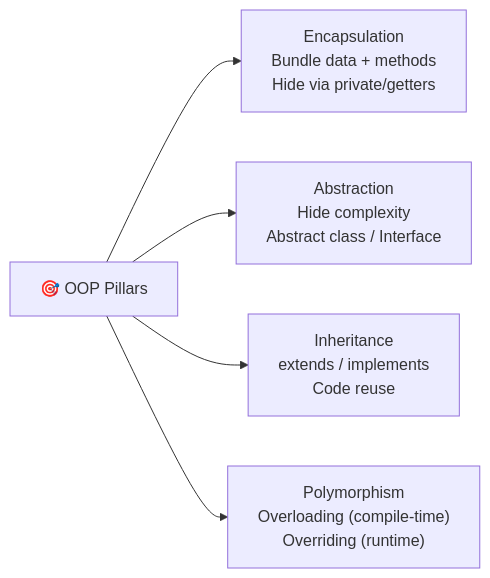
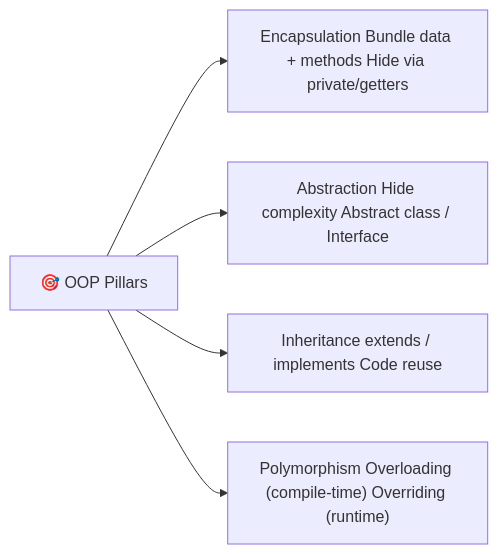
Before and after one commit to naveenkumar1661997/notes: the second of 6 diagrams in java.md, drawn with Mermaid. The commit also changed other lines of this file and 12 other files, not shown here.

```diff
--- a/java.md
+++ b/java.md
@@ -85,8 +69,8 @@
 <pre class="mermaid">
 flowchart LR
     OOP["🎯 OOP Pillars"]
-    OOP --> ENC["Encapsulation\nBundle data + methods\nHide via private/getters"]
-    OOP --> ABS["Abstraction\nHide complexity\nAbstract class / Interface"]
-    OOP --> INH["Inheritance\nextends / implements\nCode reuse"]
-    OOP --> POL["Polymorphism\nOverloading (compile-time)\nOverriding (runtime)"]
+    OOP --> ENC["Encapsulation Bundle data + methods Hide via private/getters"]
+    OOP --> ABS["Abstraction Hide complexity Abstract class / Interface"]
+    OOP --> INH["Inheritance extends / implements Code reuse"]
+    OOP --> POL["Polymorphism Overloading (compile-time) Overriding (runtime)"]
 </pre>
```
